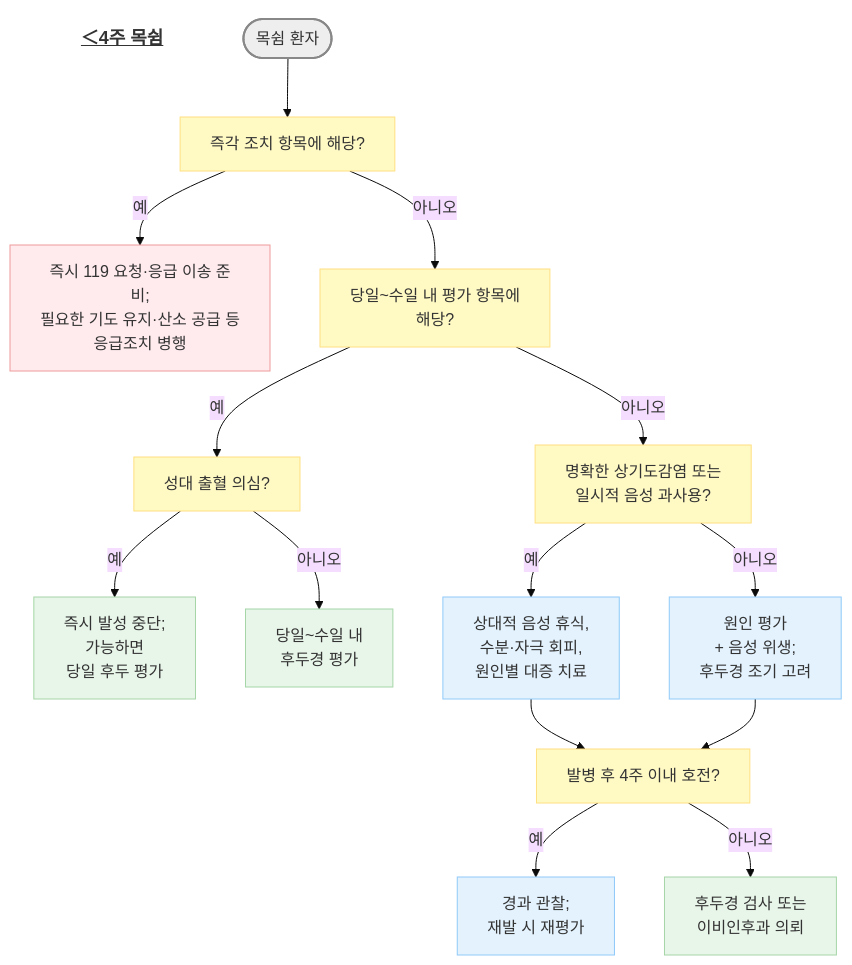
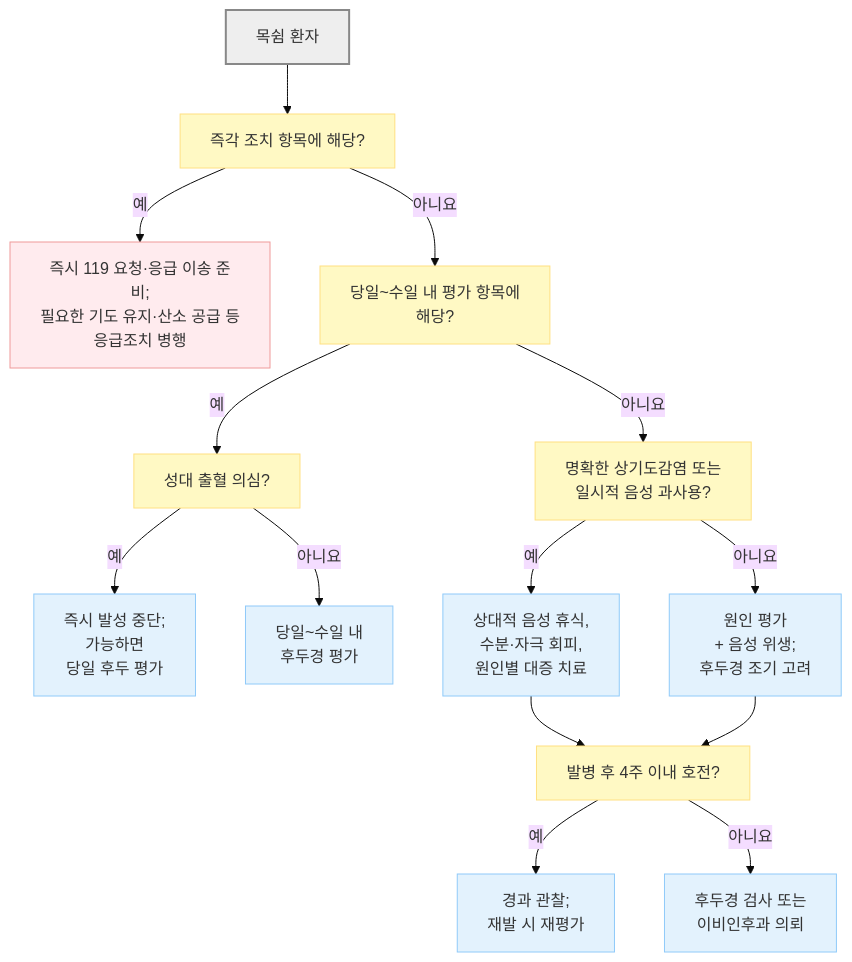
The first of 2 diagrams in 222_/058_-hoarseness.md (familyoh77/familyoh77), drawn with Mermaid (base theme) before and after one commit. The commit also changed other lines of this file and 13 other files, not shown here.

````diff
--- a/222_/058_-hoarseness.md
+++ b/222_/058_-hoarseness.md
@@ -127,31 +129,28 @@
 ```mermaid
 graph TD
-    Title["<b><u>＜4주 목쉼</u></b>"]
-    style Title fill:none,stroke:none,font-size:18px
-    Start(["목쉼 환자"])
+    Start["목쉼 환자"]
     Start --> Q1["즉각 조치 항목에 해당?"]
-    Q1 -- 예 --> E["즉시 119 요청·응급 이송 준비;<br/>필요한 기도 유지·산소 공급 등<br/>응급조치 병행"]
-    Q1 -- 아니오 --> Q2["당일~수일 내 평가 항목에 <br/>해당?"]
-    Q2 -- 예 --> QH["성대 출혈 의심?"]
-    QH -- 예 --> H["즉시 발성 중단;<br/>가능하면 <br/>당일 후두 평가"]
-    QH -- 아니오 --> L["당일~수일 내<br/>후두경 평가"]
-    Q2 -- 아니오 --> Q3["명확한 상기도감염 또는<br/>일시적 음성 과사용?"]
-    Q3 -- 예 --> S["상대적 음성 휴식,<br/>수분·자극 회피,<br/>원인별 대증 치료"]
-    Q3 -- 아니오 --> O["원인 평가 <br/>+ 음성 위생;<br/>후두경 조기 고려"]
+    Q1 -- "예" --> E["즉시 119 요청·응급 이송 준비;<br/>필요한 기도 유지·산소 공급 등<br/>응급조치 병행"]
+    Q1 -- "아니요" --> Q2["당일~수일 내 평가 항목에 <br/>해당?"]
+    Q2 -- "예" --> QH["성대 출혈 의심?"]
+    QH -- "예" --> H["즉시 발성 중단;<br/>가능하면 <br/>당일 후두 평가"]
+    QH -- "아니요" --> L["당일~수일 내<br/>후두경 평가"]
+    Q2 -- "아니요" --> Q3["명확한 상기도감염 또는<br/>일시적 음성 과사용?"]
+    Q3 -- "예" --> S["상대적 음성 휴식,<br/>수분·자극 회피,<br/>원인별 대증 치료"]
+    Q3 -- "아니요" --> O["원인 평가 <br/>+ 음성 위생;<br/>후두경 조기 고려"]
     S --> Q4["발병 후 4주 이내 호전?"]
     O --> Q4
-    Q4 -- 예 --> C["경과 관찰;<br/>재발 시 재평가"]
-    Q4 -- 아니오 --> L2["후두경 검사 또는<br/>이비인후과 의뢰"]
-    classDef start fill:#eeeeee,stroke:#888888,stroke-width:2px;
+    Q4 -- "예" --> C["경과 관찰;<br/>재발 시 재평가"]
+    Q4 -- "아니요" --> L2["후두경 검사 또는<br/>이비인후과 의뢰"]
+    classDef start fill:#eee,stroke:#888,stroke-width:2px;
     classDef question fill:#fff9c4,stroke:#ffe082;
     classDef blue fill:#E3F2FD,stroke:#90CAF9;
-    classDef green fill:#E8F5E9,stroke:#A5D6A7;
     classDef red fill:#FFEBEE,stroke:#EF9A9A;
     class Start start;
     class Q1,Q2,QH,Q3,Q4 question;
     class S,O,C blue;
-    class H,L,L2 green;
+    class H,L,L2 blue;
     class E red;
 
 
 ```
````
